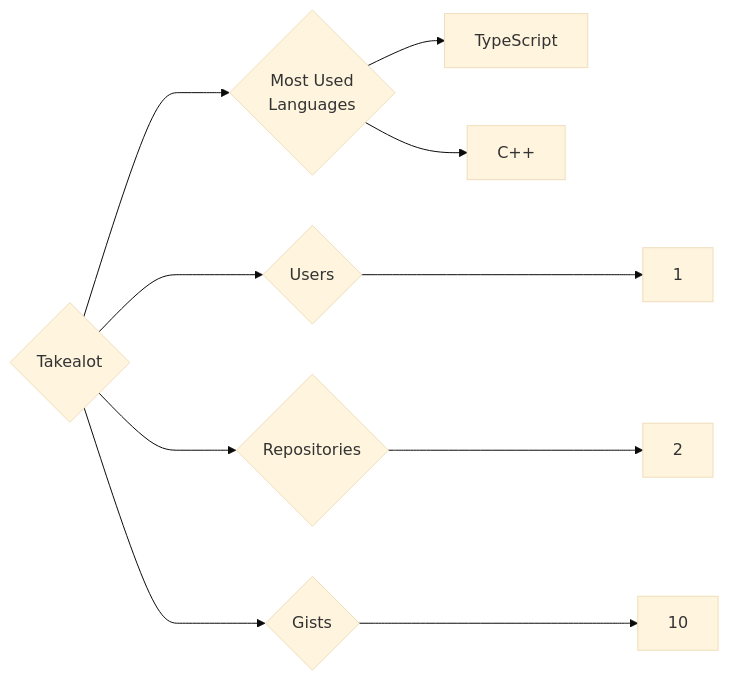
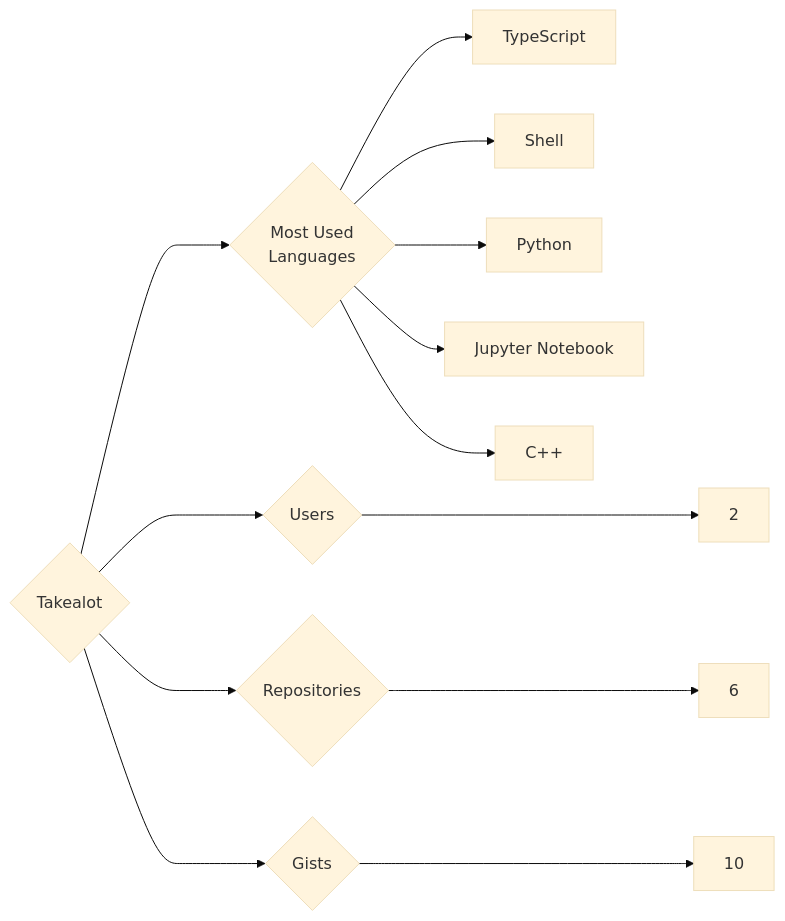
The diagram in targets/Takealot/README.md (trickest/insiders), drawn with Mermaid (base theme) before and after one commit. The commit also changed 878 other files, not shown here.

````diff
--- a/targets/Takealot/README.md
+++ b/targets/Takealot/README.md
@@ -3,10 +3,13 @@
 ```mermaid
 graph LR
 COMPANY_NAME{Takealot}
-COMPANY_NAME ---> U{Users} ---> UN[1]
-COMPANY_NAME ---> R{Repositories} ---> RN[2]
+COMPANY_NAME ---> U{Users} ---> UN[2]
+COMPANY_NAME ---> R{Repositories} ---> RN[6]
 COMPANY_NAME ---> G{Gists} ---> GN[10]
 COMPANY_NAME ---> ML{Most Used<br>Languages}
 ML --> TypeScript[TypeScript]
+ML --> Shell[Shell]
+ML --> Python[Python]
+ML --> Jupyter_Notebook[Jupyter Notebook]
 ML --> C++[C++]
 ```
````
